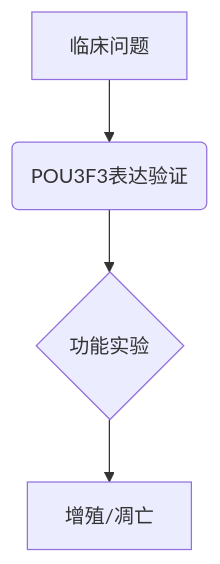
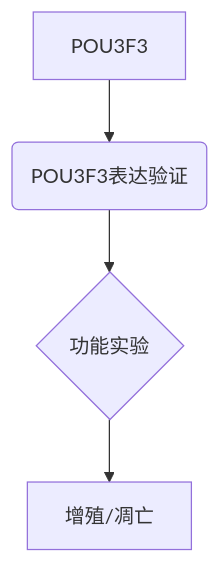
One commit to luoshui-binghua/iodraw-files changed the diagram in all/未命名.md. Above: the diagram before and after it, drawn with Mermaid.

Commit message:
2025-06-20 10:44:08 update

````diff
--- a/all/未命名.md
+++ b/all/未命名.md
@@ -1,7 +1,7 @@
 ```mermaid
 graph TD
-A[临床问题] --> B(POU3F3表达验证)
+A[POU3F3] --> B(POU3F3表达验证)
 B --> C{功能实验}
 C --> D[增殖/凋亡]
 
 ```
````
